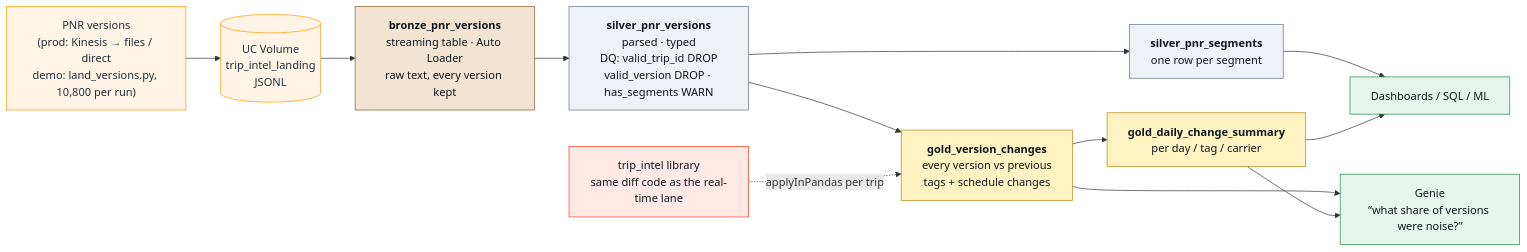
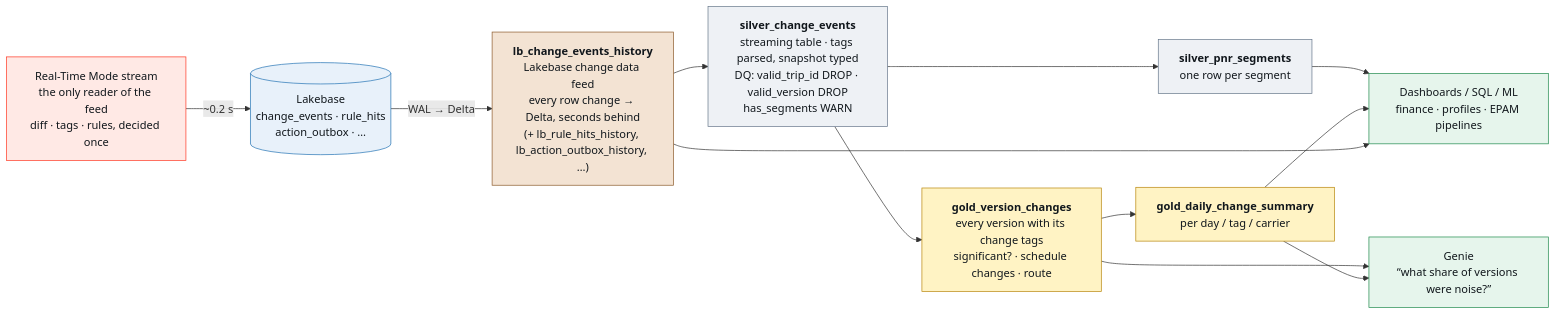
The diagram in docs/architecture/src/04_batch_lane.mmd (rohit-db/bcd-scheduled-changes-demo), drawn with Mermaid before and after one commit. The commit also changed 23 other files, not shown here.

Commit message:
Ingest once: UAT analytical lane from Lakebase change data feed (silver/gold from lb_change_events_history); per-target pipeline and batch job; fresh stream defaults; Genie uses event time; freshness cache recovers from hung refresh; docs and diagrams updated

```diff
--- a/docs/architecture/src/04_batch_lane.mmd
+++ b/docs/architecture/src/04_batch_lane.mmd
@@ -1,26 +1,25 @@
 flowchart LR
-  classDef src fill:#fff4e5,stroke:#ff9900,color:#232f3e
+  classDef rt fill:#ffe9e5,stroke:#ff3621,color:#11171c
+  classDef store fill:#e8f1fa,stroke:#2272b4,color:#11171c
   classDef bronze fill:#f3e3d3,stroke:#8c5a2b,color:#11171c
   classDef silver fill:#eef1f5,stroke:#66768a,color:#11171c
   classDef gold fill:#fff3c4,stroke:#b8860b,color:#11171c
   classDef app fill:#e6f5ec,stroke:#1f8a4c,color:#11171c
-  classDef lib fill:#ffe9e5,stroke:#ff3621,color:#11171c
 
-  SRC["PNR versions<br/>(prod: Kinesis → files / direct<br/>demo: land_versions.py, 10,800 per run)"]:::src
-  LAND[("UC Volume<br/>trip_intel_landing<br/>JSONL")]:::src
-  BR["<b>bronze_pnr_versions</b><br/>streaming table · Auto Loader<br/>raw text, every version kept"]:::bronze
-  SV["<b>silver_pnr_versions</b><br/>parsed · typed<br/>DQ: valid_trip_id DROP<br/>valid_version DROP · has_segments WARN"]:::silver
+  RTM["Real-Time Mode stream<br/>the only reader of the feed<br/>diff · tags · rules, decided once"]:::rt
+  LB[("Lakebase<br/>change_events · rule_hits<br/>action_outbox · …")]:::store
+  CDF["<b>lb_change_events_history</b><br/>Lakebase change data feed<br/>every row change → Delta, seconds behind<br/>(+ lb_rule_hits_history, lb_action_outbox_history, …)"]:::bronze
+  SV["<b>silver_change_events</b><br/>streaming table · tags parsed, snapshot typed<br/>DQ: valid_trip_id DROP · valid_version DROP<br/>has_segments WARN"]:::silver
   SG["<b>silver_pnr_segments</b><br/>one row per segment"]:::silver
-  GV["<b>gold_version_changes</b><br/>every version vs previous<br/>tags + schedule changes"]:::gold
+  GV["<b>gold_version_changes</b><br/>every version with its change tags<br/>significant? · schedule changes · route"]:::gold
   GD["<b>gold_daily_change_summary</b><br/>per day / tag / carrier"]:::gold
-  LIB["trip_intel library<br/>same diff code as the real-time lane"]:::lib
   GENIE["Genie<br/>“what share of versions were noise?”"]:::app
-  DASH["Dashboards / SQL / ML"]:::app
+  DASH["Dashboards / SQL / ML<br/>finance · profiles · EPAM pipelines"]:::app
 
-  SRC --> LAND --> BR --> SV --> SG
+  RTM -->|"~0.2 s"| LB -->|"WAL → Delta"| CDF --> SV --> SG
   SV --> GV --> GD
-  LIB -.->|"applyInPandas per trip"| GV
   GV --> GENIE
   GD --> GENIE
   SG --> DASH
   GD --> DASH
+  CDF --> DASH
```
